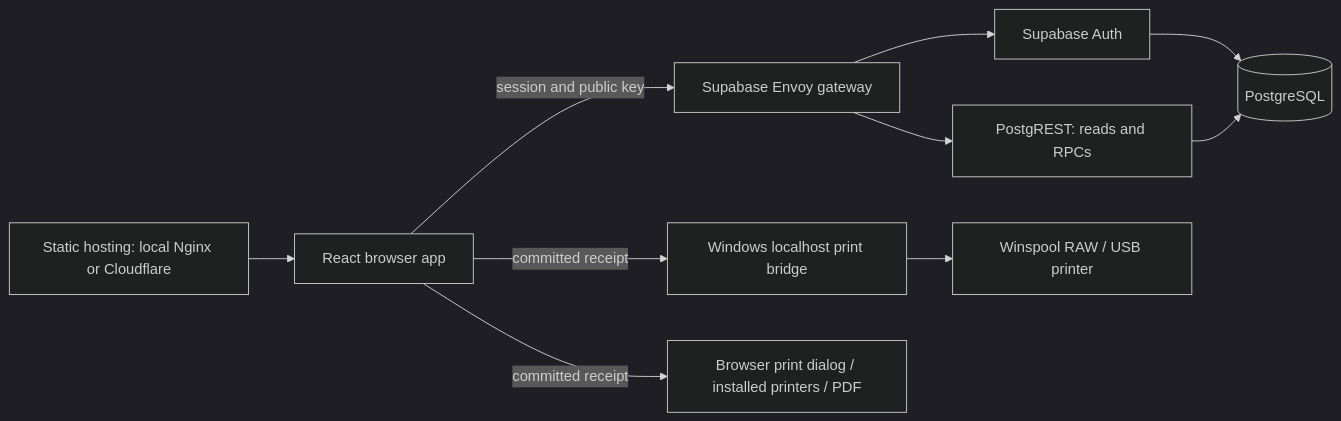
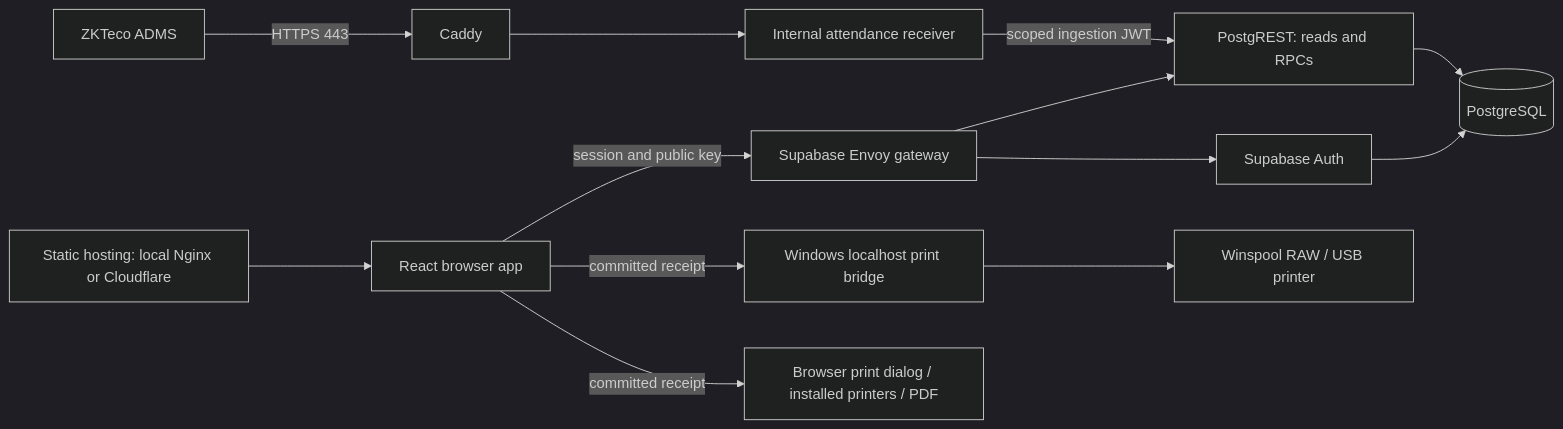
Before and after one commit to khandakarsifat-cloud/LPG: the diagram in docs/architecture.md, drawn with Mermaid (dark theme). The commit also changed other lines of this file and 149 other files, not shown here.

````diff
--- a/docs/architecture.md
+++ b/docs/architecture.md
@@ -25,12 +26,15 @@
 ```mermaid
 flowchart LR
     Host[Static hosting: local Nginx or Cloudflare] --> UI[React browser app]
     UI -->|session and public key| Gateway[Supabase Envoy gateway]
     Gateway --> Auth[Supabase Auth]
     Gateway --> REST[PostgREST: reads and RPCs]
     Auth --> DB[(PostgreSQL)]
     REST --> DB
+    Device[ZKTeco ADMS] -->|HTTPS 443| Caddy[Caddy]
+    Caddy --> Receiver[Internal attendance receiver]
+    Receiver -->|scoped ingestion JWT| REST
     UI -->|committed receipt| Bridge[Windows localhost print bridge]
     Bridge --> USB[Winspool RAW / USB printer]
     UI -->|committed receipt| Dialog[Browser print dialog / installed printers / PDF]
 ```
````
